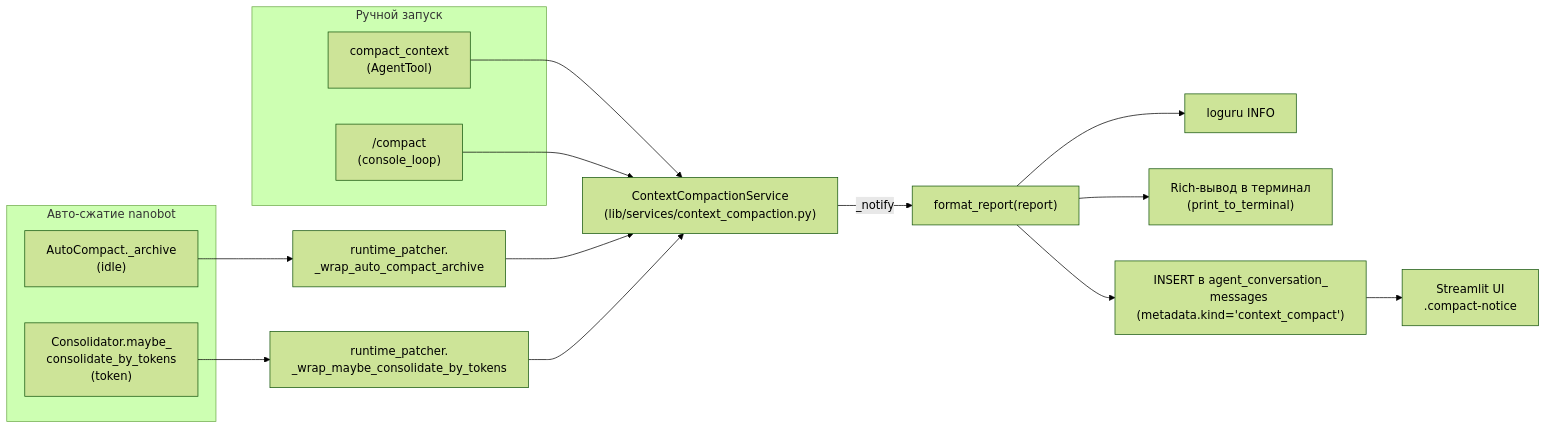
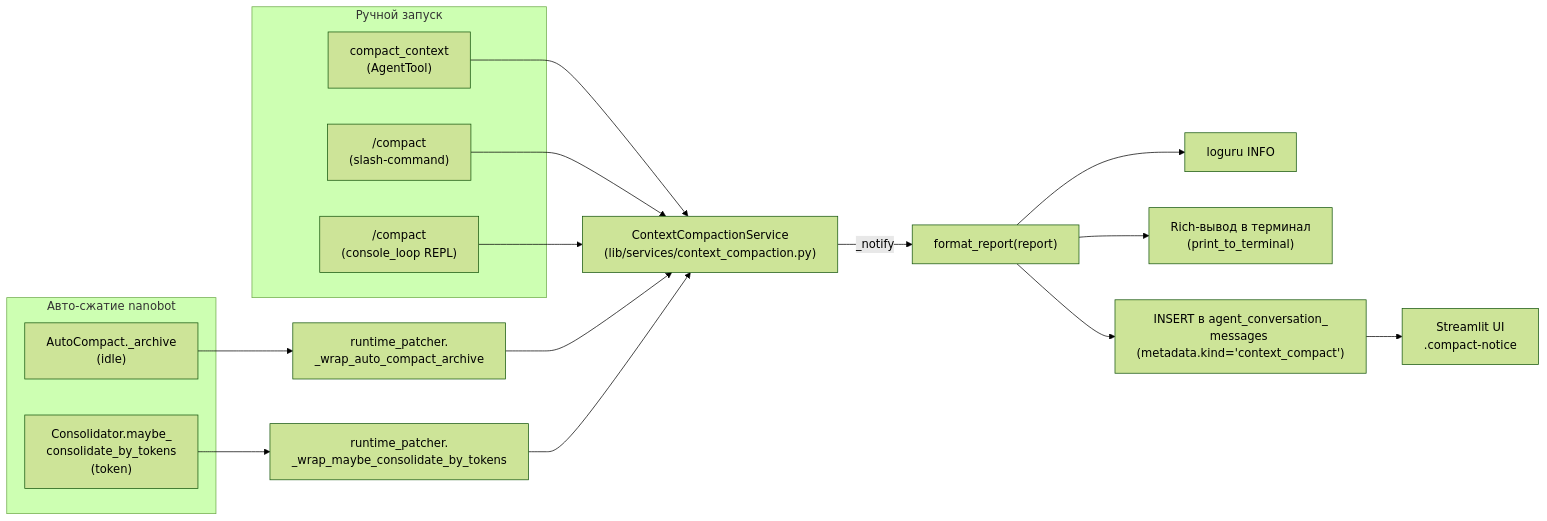
One commit to AlexEgorov85/workspaces_nanobot changed the third of 3 diagrams in DEVELOPMENT.md. Above: the diagram before and after it, drawn with Mermaid (forest theme). The commit also changed other lines of this file and 17 other files, not shown here.

````diff
--- a/DEVELOPMENT.md
+++ b/DEVELOPMENT.md
@@ -367,25 +367,27 @@
 ```mermaid
 flowchart LR
     subgraph manual["Ручной запуск"]
         TOOL["compact_context<br/>(AgentTool)"]
-        CLI["/compact<br/>(console_loop)"]
+        SLASH["/compact<br/>(slash-command)"]
+        CLI["/compact<br/>(console_loop REPL)"]
     end
     subgraph auto["Авто-сжатие nanobot"]
         AC["AutoCompact._archive<br/>(idle)"]
         MC["Consolidator.maybe_<br/>consolidate_by_tokens<br/>(token)"]
     end
 
     TOOL --> SVC
+    SLASH --> SVC
     CLI --> SVC
     AC --> W1["runtime_patcher.<br/>_wrap_auto_compact_archive"]
     MC --> W2["runtime_patcher.<br/>_wrap_maybe_consolidate_by_tokens"]
     W1 --> SVC
     W2 --> SVC
 
     SVC["ContextCompactionService<br/>(lib/services/context_compaction.py)"]
     SVC -->|_notify| FMT["format_report(report)"]
     FMT --> LOG["loguru INFO"]
     FMT --> RICH["Rich-вывод в терминал<br/>(print_to_terminal)"]
     FMT --> DB["INSERT в agent_conversation_<br/>messages (metadata.kind='context_compact')"]
     DB --> ST["Streamlit UI<br/>.compact-notice"]
 ```
````
